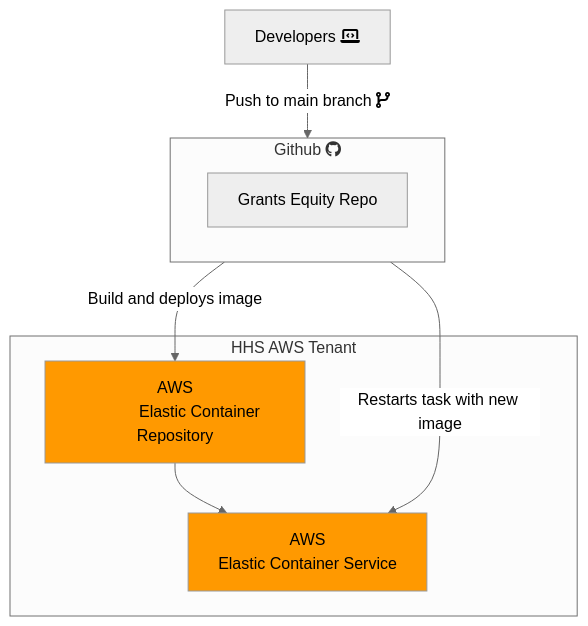
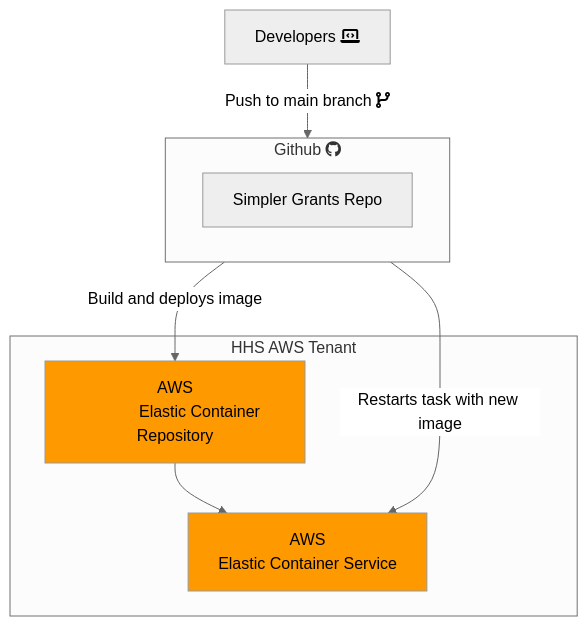
One commit to HHS/simpler-grants-gov changed the third of 3 diagrams in documentation/architecture/README.md. Above: the diagram before and after it, drawn with Mermaid. The commit also changed other lines of this file and 9 other files, not shown here.

````diff
--- a/documentation/architecture/README.md
+++ b/documentation/architecture/README.md
@@ -258,21 +258,21 @@
 ```mermaid
 %%{init: {'theme': 'neutral' } }%%
     flowchart TD
         %% CI/CD Pipeline
         eng["Developers fas:fa-laptop-code"] --"Push to main branch fas:fa-code-branch"--> GH
         subgraph GH ["Github fab:fa-github"]
-            repo[Grants Equity Repo]
+            repo[Simpler Grants Repo]
             click repo href "https://github.com/HHS/simpler-grants-gov" _blank
         end
         subgraph AWS[HHS AWS Tenant]
             ECR["AWS
             Elastic Container Repository"]:::ecs
             ECSS["AWS
             Elastic Container Service"]:::ecs
             ECR --> ECSS
         end
         GH --Build and deploys image--> ECR
         GH --Restarts task with new image--> ECSS
 
         classDef ecs fill:#FF9900,color:black
 ```
````
